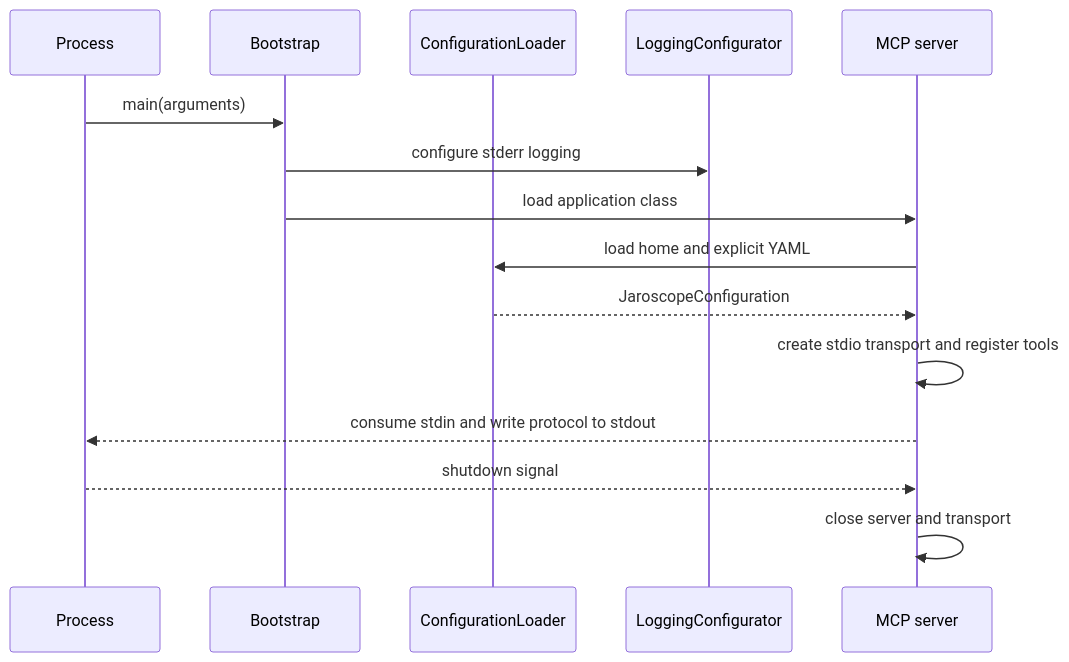
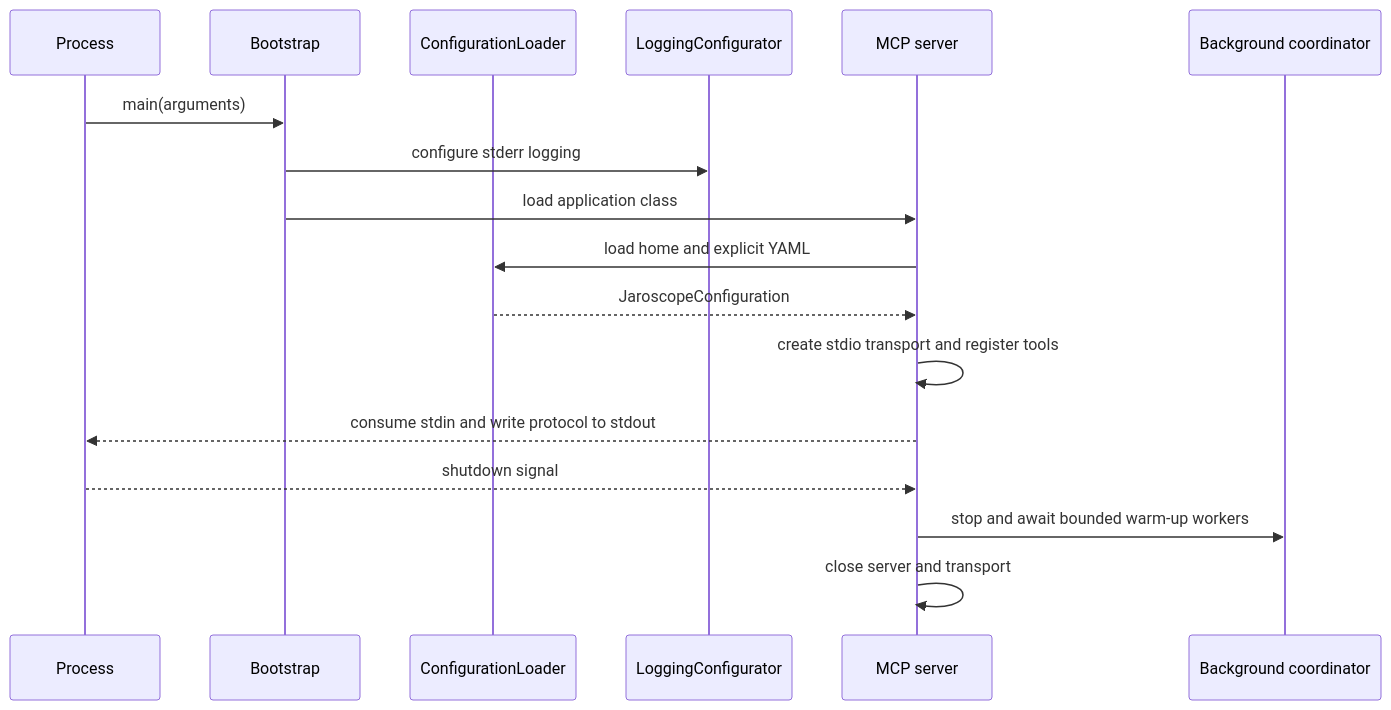
The diagram in docs/application.md (Kait0u/jaroscope), drawn with Mermaid before and after one commit. The commit also changed 14 other files, not shown here.

Commit message:
Warm the decompilation cache in the background.

````diff
--- a/docs/application.md
+++ b/docs/application.md
@@ -7,17 +7,19 @@
 ```mermaid
 sequenceDiagram
     participant Process
     participant Bootstrap
     participant Config as ConfigurationLoader
     participant Logging as LoggingConfigurator
     participant MCP as MCP server
+    participant Jobs as Background coordinator
     Process->>Bootstrap: main(arguments)
     Bootstrap->>Logging: configure stderr logging
     Bootstrap->>MCP: load application class
     MCP->>Config: load home and explicit YAML
     Config-->>MCP: JaroscopeConfiguration
     MCP->>MCP: create stdio transport and register tools
     MCP-->>Process: consume stdin and write protocol to stdout
     Process-->>MCP: shutdown signal
+    MCP->>Jobs: stop and await bounded warm-up workers
     MCP->>MCP: close server and transport
 ```
````
